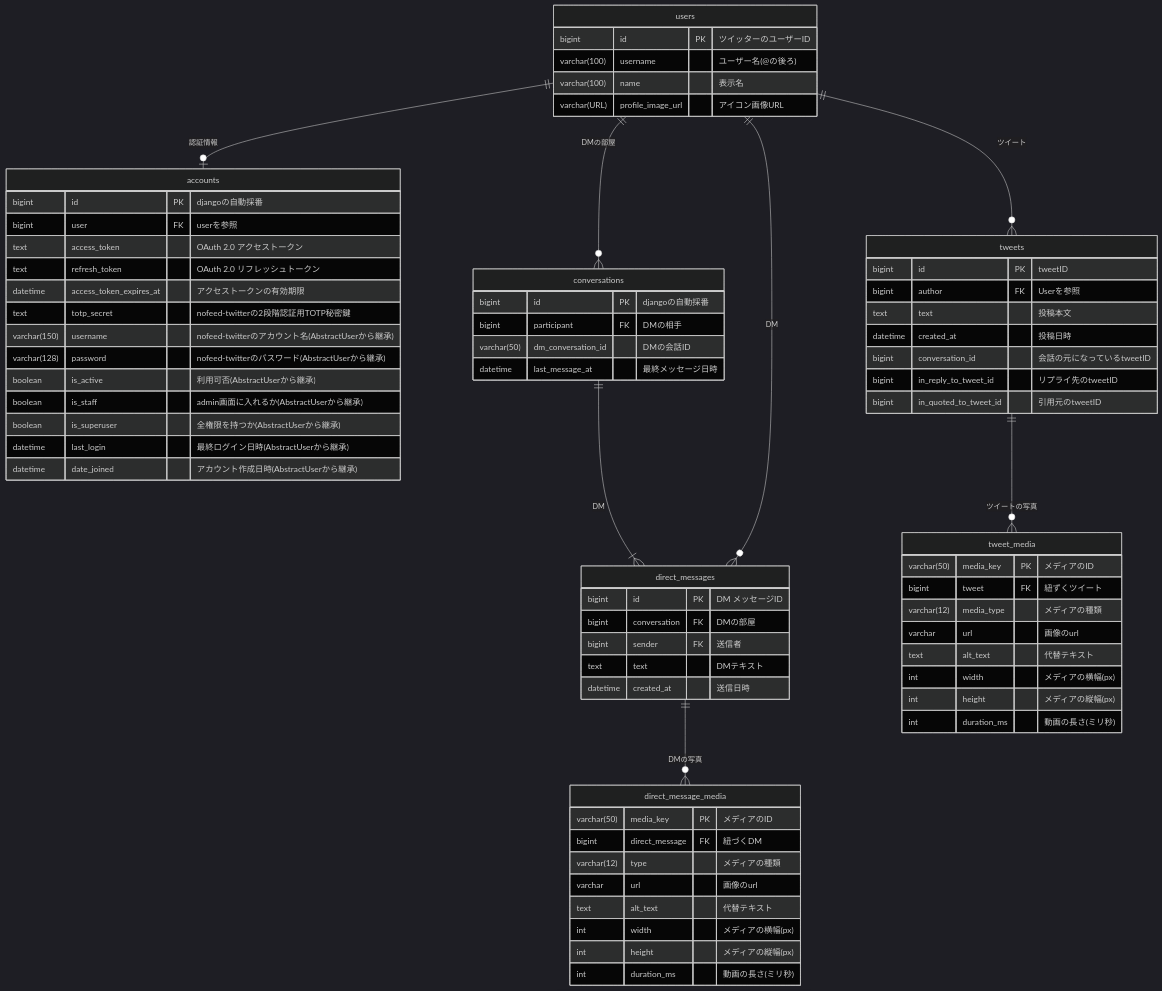
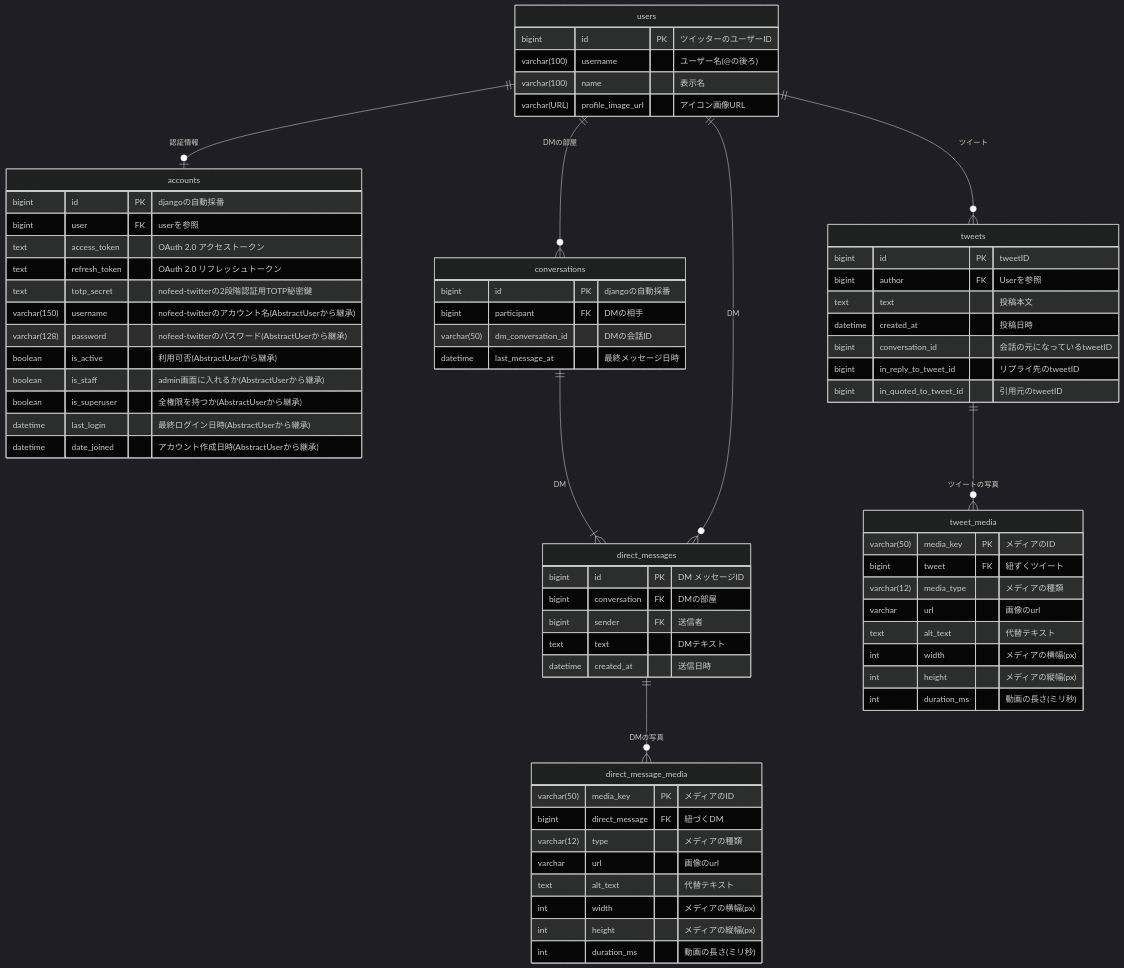
One commit to Akeno-p/nofeed-twitter changed the diagram in docs/design/databese.md. Above: the diagram before and after it, drawn with Mermaid (dark theme). The commit also changed 2 other files, not shown here.

Commit message:
chore(users): remove access_token_expires_at field

````diff
--- a/docs/design/databese.md
+++ b/docs/design/databese.md
@@ -19,80 +19,79 @@
 ```mermaid
 erDiagram
     users ||--o| accounts : "認証情報"
     users ||--o{ tweets:"ツイート"
     users ||--o{ conversations:"DMの部屋"
     conversations||--|{ direct_messages:"DM"
     users ||--o{ direct_messages:"DM"
     tweets ||--o{ tweet_media:"ツイートの写真"
     direct_messages||--o{ direct_message_media:"DMの写真"
 
 users{
     bigint id PK "ツイッターのユーザーID"
     varchar(100) username "ユーザー名(@の後ろ)"
     varchar(100) name "表示名"
     varchar(URL) profile_image_url "アイコン画像URL"
 }
 
 accounts{
     bigint id PK "djangoの自動採番"
     bigint user FK "userを参照"
     text access_token "OAuth 2.0 アクセストークン"
     text refresh_token "OAuth 2.0 リフレッシュトークン"
-    datetime access_token_expires_at "アクセストークンの有効期限"
     text totp_secret "nofeed-twitterの2段階認証用TOTP秘密鍵"
     varchar(150) username "nofeed-twitterのアカウント名(AbstractUserから継承)"
     varchar(128) password "nofeed-twitterのパスワード(AbstractUserから継承)"
     boolean is_active "利用可否(AbstractUserから継承)"
     boolean is_staff "admin画面に入れるか(AbstractUserから継承)"
     boolean is_superuser "全権限を持つか(AbstractUserから継承)"
     datetime last_login "最終ログイン日時(AbstractUserから継承)"
     datetime date_joined "アカウント作成日時(AbstractUserから継承)"
 }
 
 tweets{
     bigint id PK "tweetID"
     bigint author FK "Userを参照"
     text text "投稿本文"
     datetime created_at "投稿日時"
     bigint conversation_id "会話の元になっているtweetID"
     bigint in_reply_to_tweet_id "リプライ先のtweetID"
     bigint in_quoted_to_tweet_id "引用元のtweetID"
     }
 
 conversations{
     bigint id PK "djangoの自動採番"
     bigint participant FK "DMの相手"
     varchar(50) dm_conversation_id "DMの会話ID"
     datetime last_message_at "最終メッセージ日時"
 }
 
 direct_messages{
     bigint id PK "DM メッセージID"
     bigint conversation FK "DMの部屋"
     bigint sender FK "送信者"
     text text "DMテキスト"
     datetime created_at "送信日時"
 }
 
 tweet_media{
     varchar(50) media_key PK "メディアのID"
     bigint tweet FK "紐ずくツイート"
     varchar(12) media_type "メディアの種類"
     varchar url "画像のurl"
     text alt_text "代替テキスト"
     int width "メディアの横幅(px)"
     int height "メディアの縦幅(px)"
     int duration_ms "動画の長さ(ミリ秒)"
 }
 
 direct_message_media{
     varchar(50) media_key PK "メディアのID"
     bigint direct_message FK "紐づくDM"
     varchar(12) type "メディアの種類"
     varchar url "画像のurl"
     text alt_text "代替テキスト"
     int width "メディアの横幅(px)"
     int height "メディアの縦幅(px)"
     int duration_ms "動画の長さ(ミリ秒)"
 }
 ```
````
